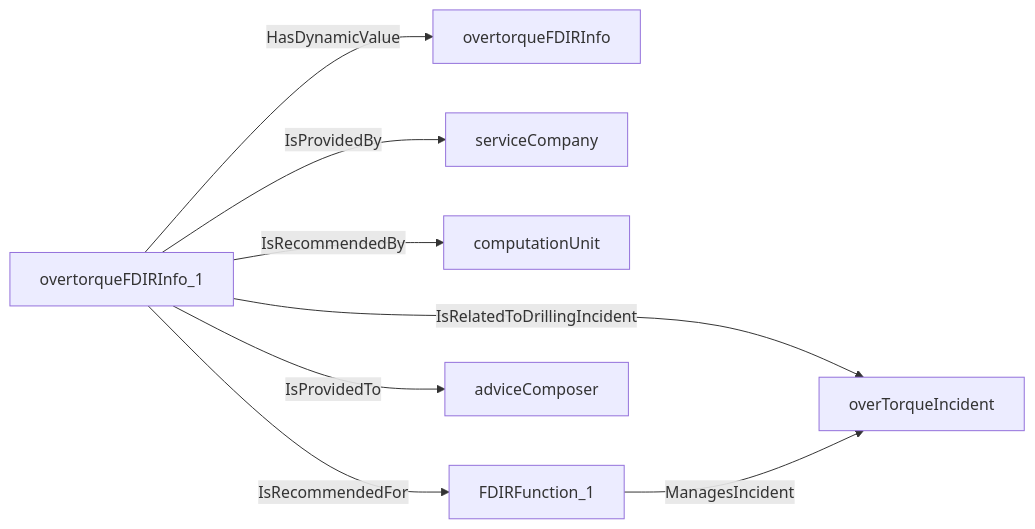
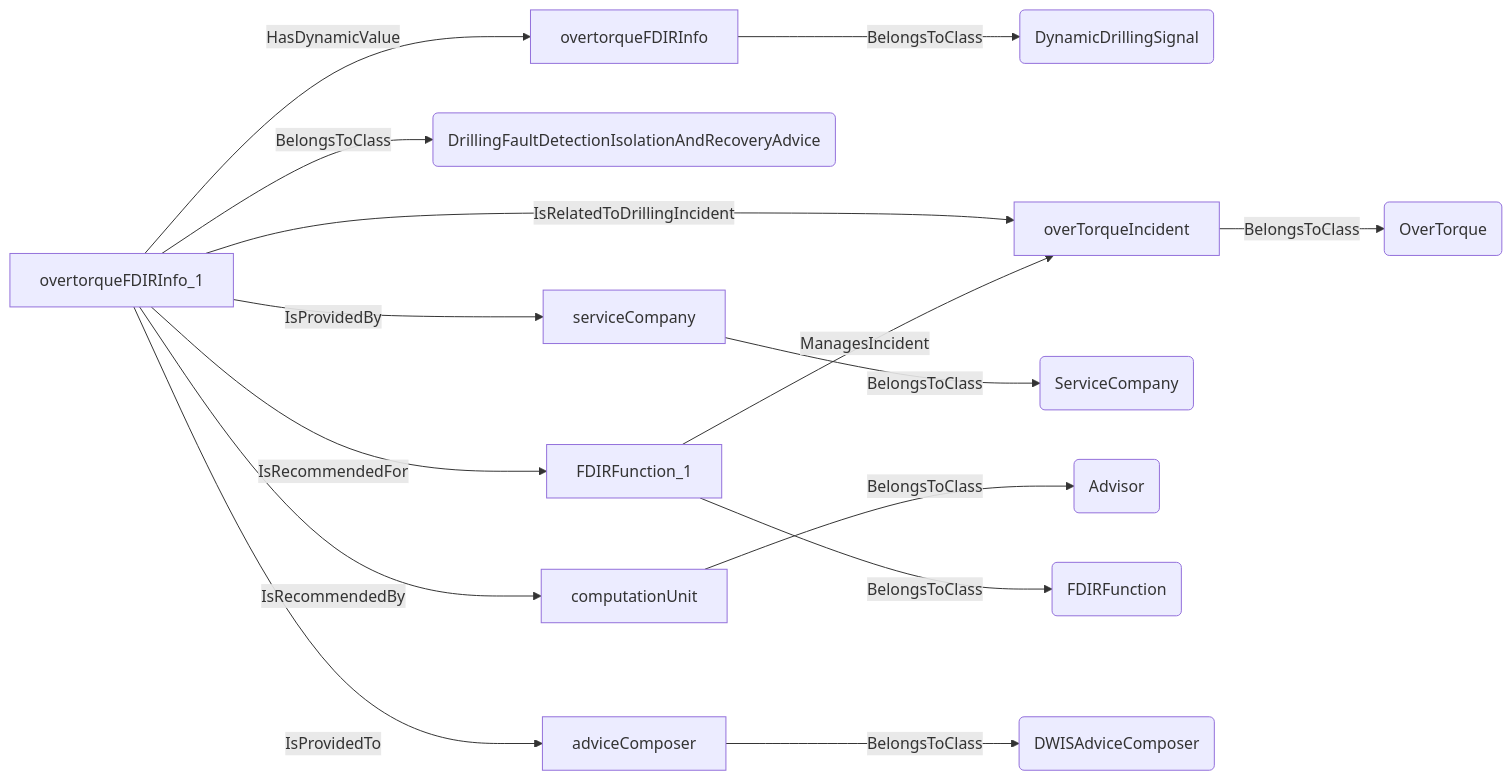
Diagram 11 of 17 in docs/vocabulary_development/auto-generated/md/definition-files/DrillingIncident.md (D-WIS/DDHub-Semantic-Interoperability), drawn with Mermaid before and after one commit. The commit also changed other lines of this file and 14 other files, not shown here.

````diff
--- a/docs/vocabulary_development/auto-generated/md/definition-files/DrillingIncident.md
+++ b/docs/vocabulary_development/auto-generated/md/definition-files/DrillingIncident.md
@@ -590,10 +716,17 @@
 ```mermaid
 graph LR
-	N0000[overtorqueFDIRInfo_1] -->|HasDynamicValue| N0001[overtorqueFDIRInfo] 
-	N0000[overtorqueFDIRInfo_1] -->|IsRelatedToDrillingIncident| N0002[overTorqueIncident] 
-	N0000[overtorqueFDIRInfo_1] -->|IsProvidedBy| N0003[serviceCompany] 
-	N0000[overtorqueFDIRInfo_1] -->|IsRecommendedBy| N0004[computationUnit] 
-	N0005[FDIRFunction_1] -->|ManagesIncident| N0002[overTorqueIncident] 
-	N0000[overtorqueFDIRInfo_1] -->|IsRecommendedFor| N0005[FDIRFunction_1] 
-	N0000[overtorqueFDIRInfo_1] -->|IsProvidedTo| N0006[adviceComposer] 
+	N0000[overtorqueFDIRInfo] -->|BelongsToClass| N0001(DynamicDrillingSignal) 
+	N0002[overtorqueFDIRInfo_1] -->|BelongsToClass| N0003(DrillingFaultDetectionIsolationAndRecoveryAdvice) 
+	N0002[overtorqueFDIRInfo_1] -->|HasDynamicValue| N0000[overtorqueFDIRInfo] 
+	N0004[overTorqueIncident] -->|BelongsToClass| N0005(OverTorque) 
+	N0002[overtorqueFDIRInfo_1] -->|IsRelatedToDrillingIncident| N0004[overTorqueIncident] 
+	N0006[serviceCompany] -->|BelongsToClass| N0007(ServiceCompany) 
+	N0002[overtorqueFDIRInfo_1] -->|IsProvidedBy| N0006[serviceCompany] 
+	N0008[computationUnit] -->|BelongsToClass| N0009(Advisor) 
+	N0002[overtorqueFDIRInfo_1] -->|IsRecommendedBy| N0008[computationUnit] 
+	N0010[FDIRFunction_1] -->|BelongsToClass| N0011(FDIRFunction) 
+	N0010[FDIRFunction_1] -->|ManagesIncident| N0004[overTorqueIncident] 
+	N0002[overtorqueFDIRInfo_1] -->|IsRecommendedFor| N0010[FDIRFunction_1] 
+	N0012[adviceComposer] -->|BelongsToClass| N0013(DWISAdviceComposer) 
+	N0002[overtorqueFDIRInfo_1] -->|IsProvidedTo| N0012[adviceComposer] 
 ```
````
